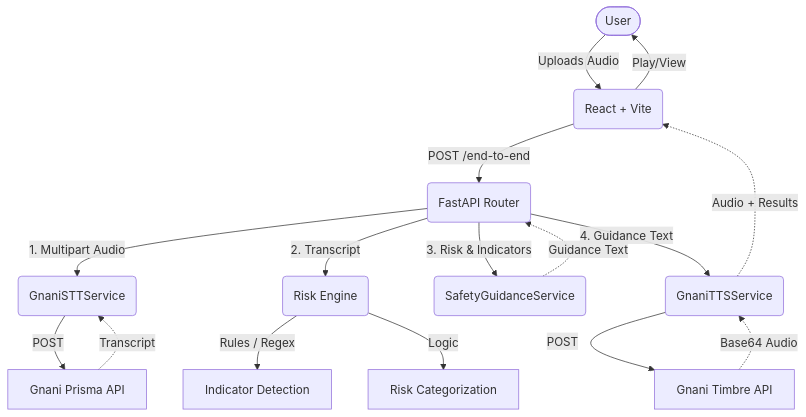
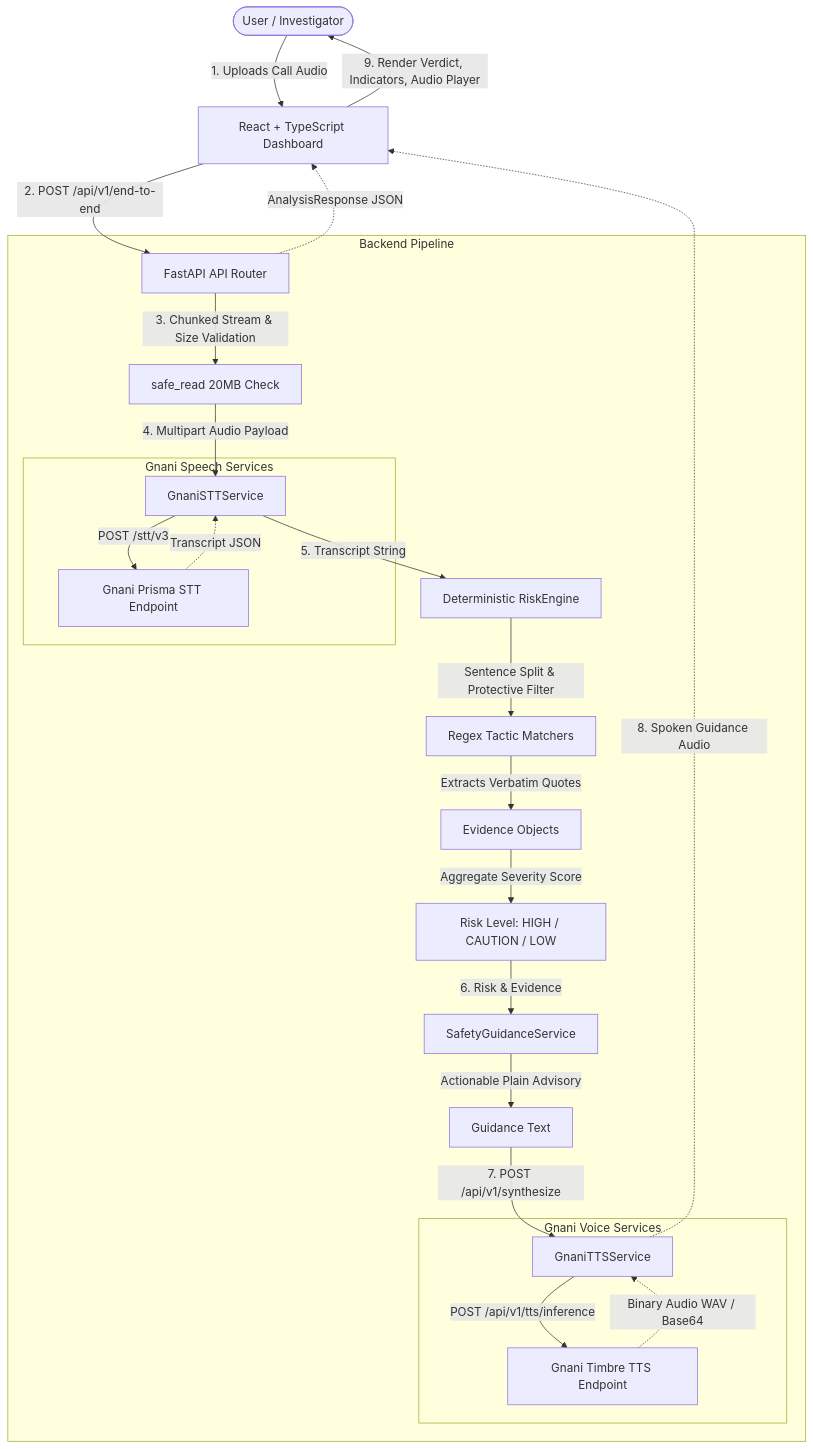
Before and after one commit to DivyanshuDubey10/VoiceShield-AI: the diagram in docs/architecture.md, drawn with Mermaid. The commit also changed other lines of this file and 13 other files, not shown here.

````diff
--- a/docs/architecture.md
+++ b/docs/architecture.md
@@ -3,23 +9,33 @@
 ```mermaid
 graph TD
-    User([User]) -->|Uploads Audio| Frontend(React + Vite)
-    Frontend -->|POST /end-to-end| API(FastAPI Router)
+    User([User / Investigator]) -->|1. Uploads Call Audio| Frontend[React + TypeScript Dashboard]
+    Frontend -->|2. POST /api/v1/end-to-end| Router[FastAPI API Router]
     
-    API -->|1. Multipart Audio| STT(GnaniSTTService)
-    STT -->|POST| Prisma[Gnani Prisma API]
-    Prisma -.->|Transcript| STT
+    subgraph Backend Pipeline
+        Router -->|3. Chunked Stream & Size Validation| SafeRead[safe_read 20MB Check]
+        SafeRead -->|4. Multipart Audio Payload| STT[GnaniSTTService]
+        
+        subgraph Gnani Speech Services
+            STT -->|POST /stt/v3| PrismaAPI[Gnani Prisma STT Endpoint]
+            PrismaAPI -.->|Transcript JSON| STT
+        end
+        
+        STT -->|5. Transcript String| RiskEngine[Deterministic RiskEngine]
+        RiskEngine -->|Sentence Split & Protective Filter| PatternMatch[Regex Tactic Matchers]
+        PatternMatch -->|Extracts Verbatim Quotes| Indicators[Evidence Objects]
+        Indicators -->|Aggregate Severity Score| Verdict[Risk Level: HIGH / CAUTION / LOW]
+        
+        Verdict -->|6. Risk & Evidence| SafetyService[SafetyGuidanceService]
+        SafetyService -->|Actionable Plain Advisory| GuidanceText[Guidance Text]
+        
+        GuidanceText -->|7. POST /api/v1/synthesize| TTS[GnaniTTSService]
+        subgraph Gnani Voice Services
+            TTS -->|POST /api/v1/tts/inference| TimbreAPI[Gnani Timbre TTS Endpoint]
+            TimbreAPI -.->|Binary Audio WAV / Base64| TTS
+        end
+    end
     
-    API -->|2. Transcript| RiskEngine(Risk Engine)
-    RiskEngine -->|Rules / Regex| Detect[Indicator Detection]
-    RiskEngine -->|Logic| Scorer[Risk Categorization]
-    
-    API -->|3. Risk & Indicators| Safety(SafetyGuidanceService)
-    Safety -.->|Guidance Text| API
-    
-    API -->|4. Guidance Text| TTS(GnaniTTSService)
-    TTS -->|POST| Timbre[Gnani Timbre API]
-    Timbre -.->|Base64 Audio| TTS
-    
-    TTS -.->|Audio + Results| Frontend
-    Frontend -->|Play/View| User
+    TTS -.->|8. Spoken Guidance Audio| Frontend
+    Router -.->|AnalysisResponse JSON| Frontend
+    Frontend -->|9. Render Verdict, Indicators, Audio Player| User
 ```
````
